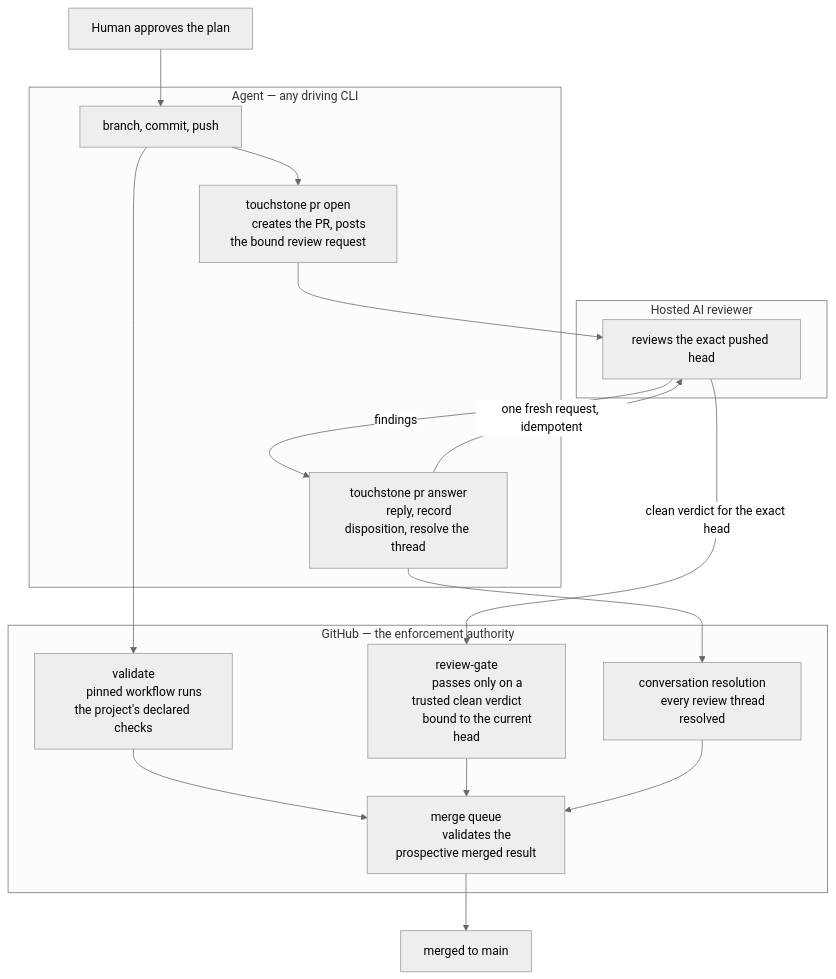
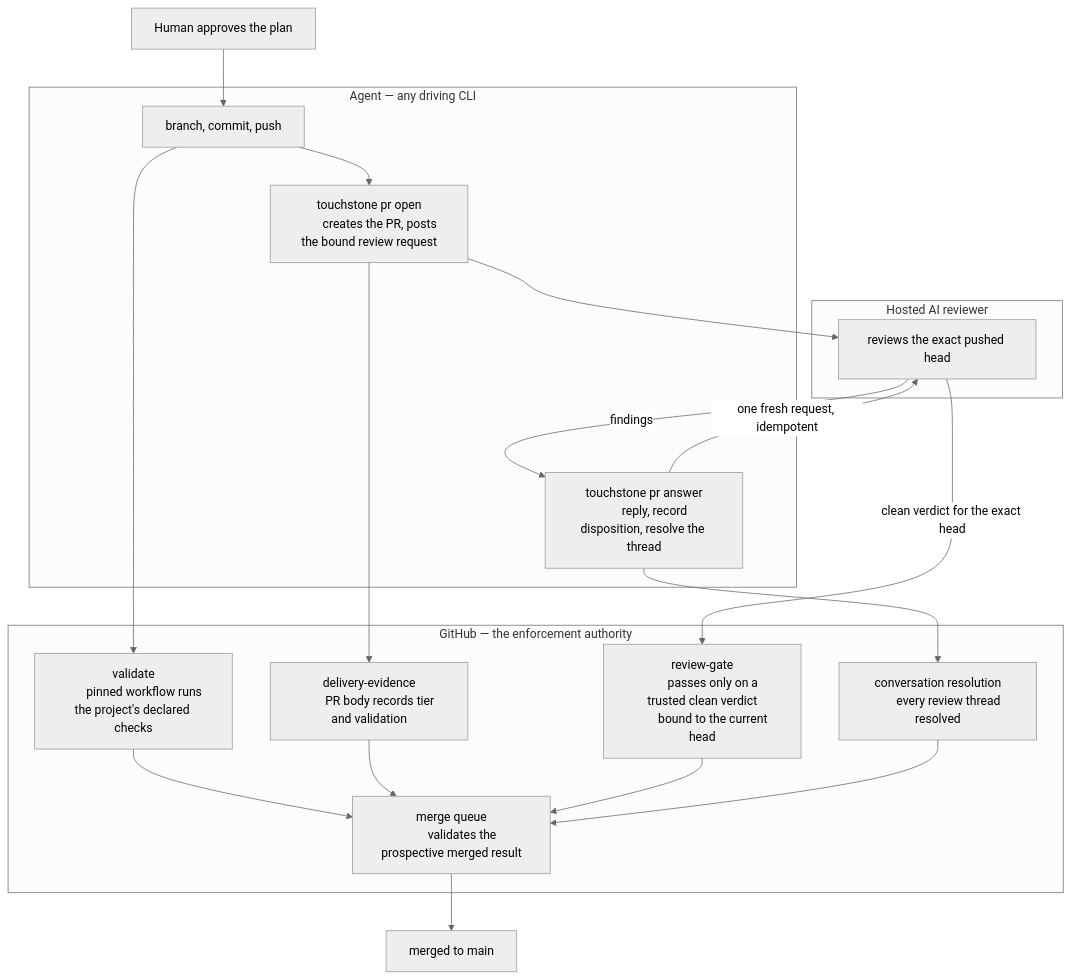
Before and after one commit to autumngarage/touchstone: the diagram in README.md, drawn with Mermaid (neutral theme). The commit also changed other lines of this file, not shown here.

````diff
--- a/README.md
+++ b/README.md
@@ -34,39 +34,43 @@
 ```mermaid
 flowchart TD
     H["Human approves the plan"] --> A
 
     subgraph agent["Agent — any driving CLI"]
         A["branch, commit, push"] --> O["touchstone pr open
         creates the PR, posts the bound review request"]
         F["touchstone pr answer
         reply, record disposition, resolve the thread"]
     end
 
     subgraph reviewer["Hosted AI reviewer"]
         R["reviews the exact pushed head"]
     end
 
     O --> R
     R -- "findings" --> F
     F -- "one fresh request, idempotent" --> R
 
     subgraph github["GitHub — the enforcement authority"]
         V["validate
         pinned workflow runs the project's declared checks"]
+        D["delivery-evidence
+        PR body records tier and validation"]
         G["review-gate
         passes only on a trusted clean verdict
         bound to the current head"]
         T["conversation resolution
         every review thread resolved"]
         Q["merge queue
         validates the prospective merged result"]
     end
 
     A --> V
+    O --> D
     R -- "clean verdict for the exact head" --> G
     F --> T
     V --> Q
+    D --> Q
     G --> Q
     T --> Q
     Q --> M["merged to main"]
 ```
````
